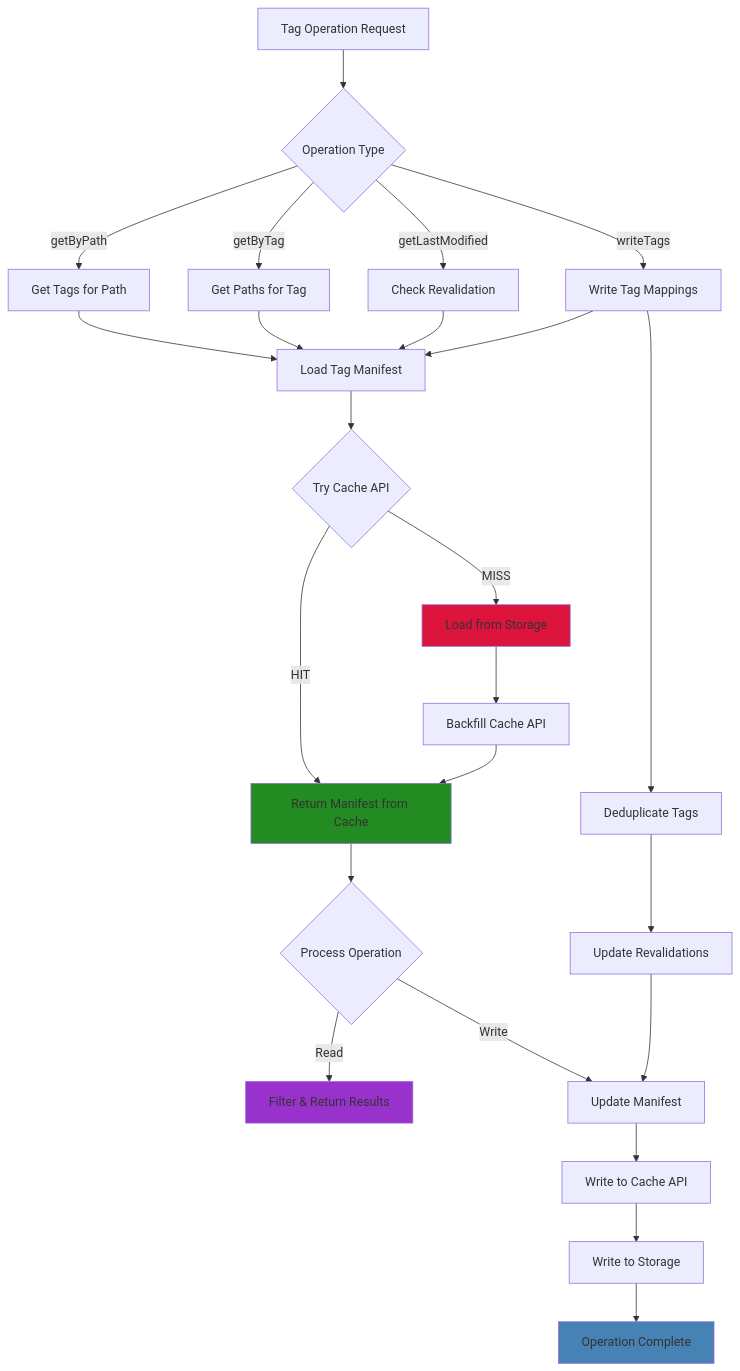
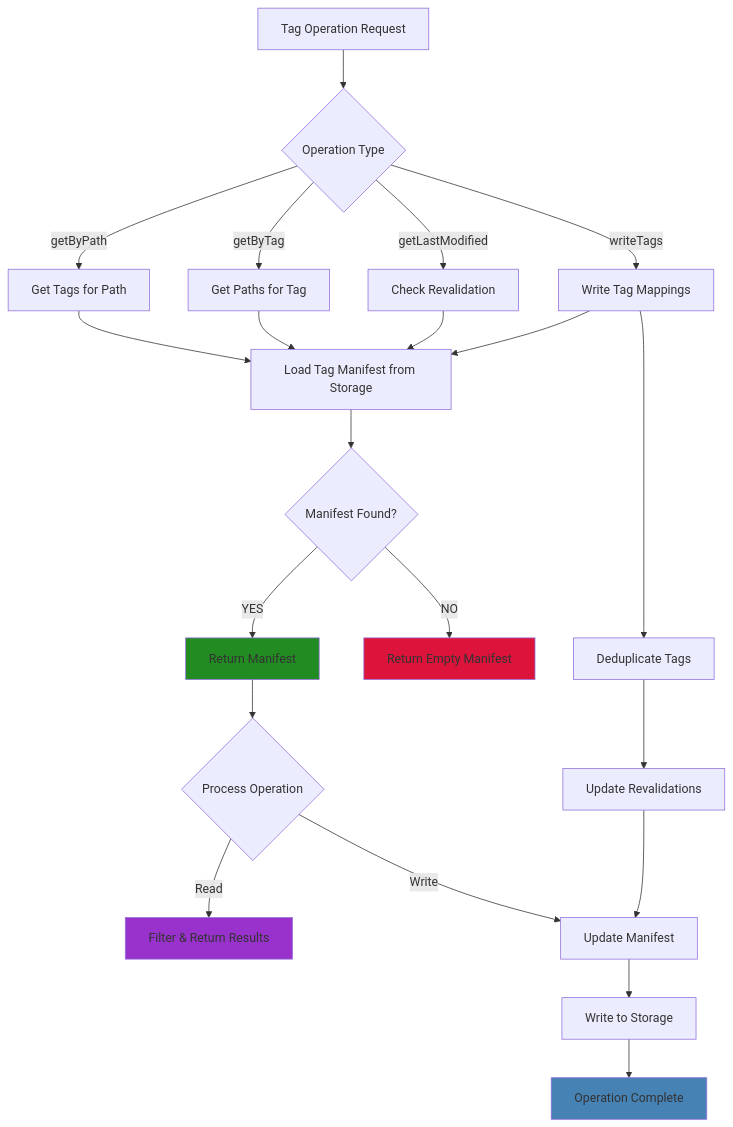
One commit to aziontech/opennextjs-azion changed the diagram in docs/tag-cache.md. Above: the diagram before and after it, drawn with Mermaid. The commit also changed other lines of this file and 2 other files, not shown here.

First line of the commit message:
fix: remove the Cache API layer to use only the Storage API (#36)

````diff
--- a/docs/tag-cache.md
+++ b/docs/tag-cache.md
@@ -41,37 +40,34 @@
 ```mermaid
 graph TD
     A[Tag Operation Request] --> B{Operation Type}
 
     B -->|getByPath| C[Get Tags for Path]
     B -->|getByTag| D[Get Paths for Tag]
     B -->|getLastModified| E[Check Revalidation]
     B -->|writeTags| F[Write Tag Mappings]
 
-    C --> G[Load Tag Manifest]
+    C --> G[Load Tag Manifest from Storage]
     D --> G
     E --> G
     F --> G
 
-    G --> H{Try Cache API}
-    H -->|HIT| I[Return Manifest from Cache]
-    H -->|MISS| J[Load from Storage]
-    J --> K[Backfill Cache API]
-    K --> I
+    G --> H{Manifest Found?}
+    H -->|YES| I[Return Manifest]
+    H -->|NO| J[Return Empty Manifest]
 
-    I --> L{Process Operation}
-    L -->|Read| M[Filter & Return Results]
-    L -->|Write| N[Update Manifest]
+    I --> K{Process Operation}
+    K -->|Read| L[Filter & Return Results]
+    K -->|Write| M[Update Manifest]
 
-    N --> O[Write to Cache API]
-    O --> P[Write to Storage]
-    P --> Q[Operation Complete]
+    M --> N[Write to Storage]
+    N --> O[Operation Complete]
 
-    F --> R[Deduplicate Tags]
-    R --> S[Update Revalidations]
-    S --> N
+    F --> P[Deduplicate Tags]
+    P --> Q[Update Revalidations]
+    Q --> M
 
     style I fill:#228B22
     style J fill:#DC143C
-    style Q fill:#4682B4
-    style M fill:#9932CC
+    style O fill:#4682B4
+    style L fill:#9932CC
 ```
````
